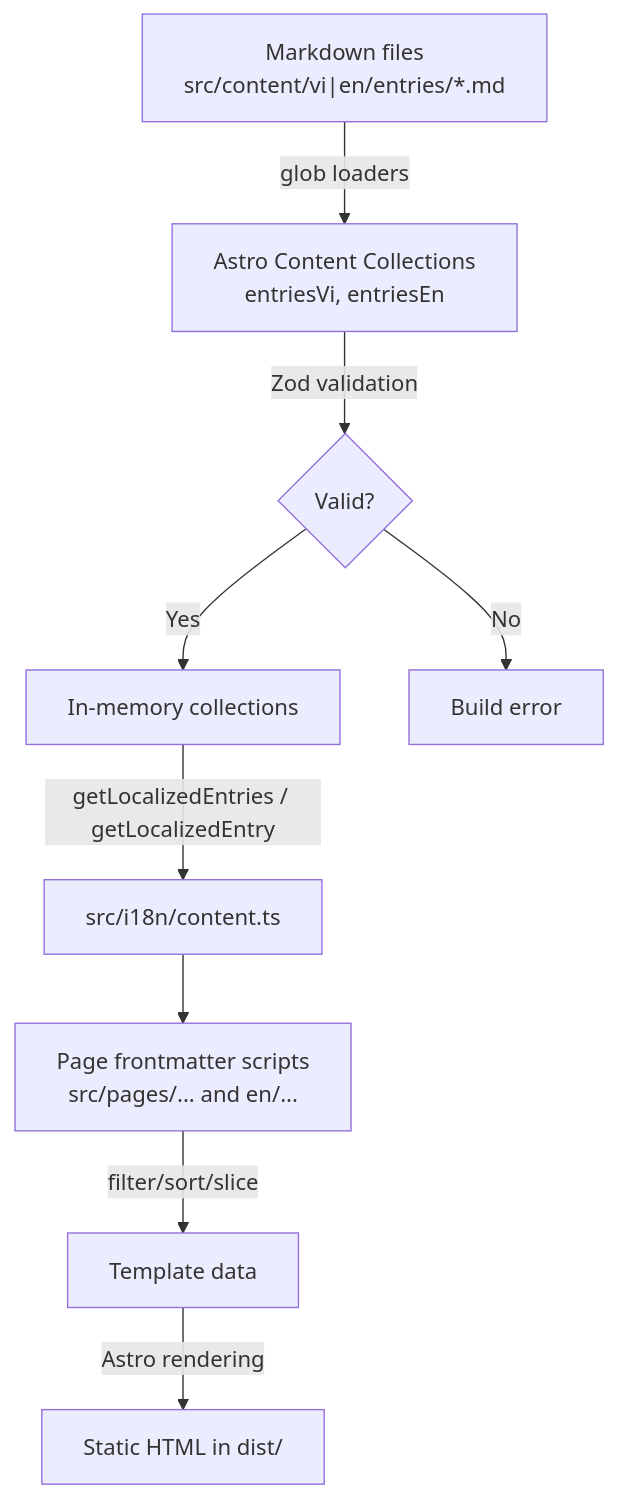
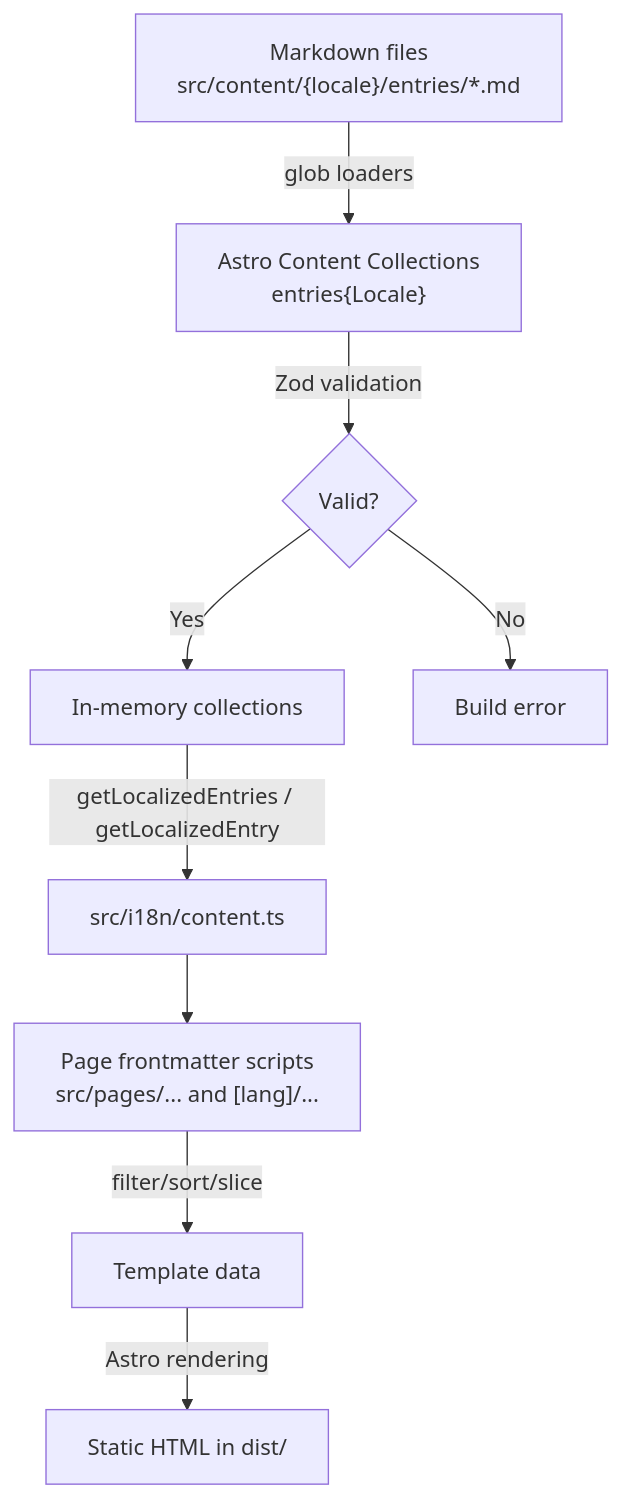
The first of 3 diagrams in doc/data-flow.md (khanhhung142/mythic-pages), drawn with Mermaid before and after one commit. The commit also changed other lines of this file and 36 other files, not shown here.

````diff
--- a/doc/data-flow.md
+++ b/doc/data-flow.md
@@ -7,11 +7,11 @@
 ```mermaid
 graph TD
-    A["Markdown files<br/>src/content/vi|en/entries/*.md"] -->|"glob loaders"| B["Astro Content Collections<br/>entriesVi, entriesEn"]
+    A["Markdown files<br/>src/content/{locale}/entries/*.md"] -->|"glob loaders"| B["Astro Content Collections<br/>entries{Locale}"]
     B -->|"Zod validation"| C{"Valid?"}
     C -->|"Yes"| D["In-memory collections"]
     C -->|"No"| E["Build error"]
     D -->|"getLocalizedEntries / getLocalizedEntry"| F["src/i18n/content.ts"]
-    F --> G["Page frontmatter scripts<br/>src/pages/... and en/..."]
+    F --> G["Page frontmatter scripts<br/>src/pages/... and [lang]/..."]
     G -->|"filter/sort/slice"| H["Template data"]
     H -->|"Astro rendering"| I["Static HTML in dist/"]
 ```
````
